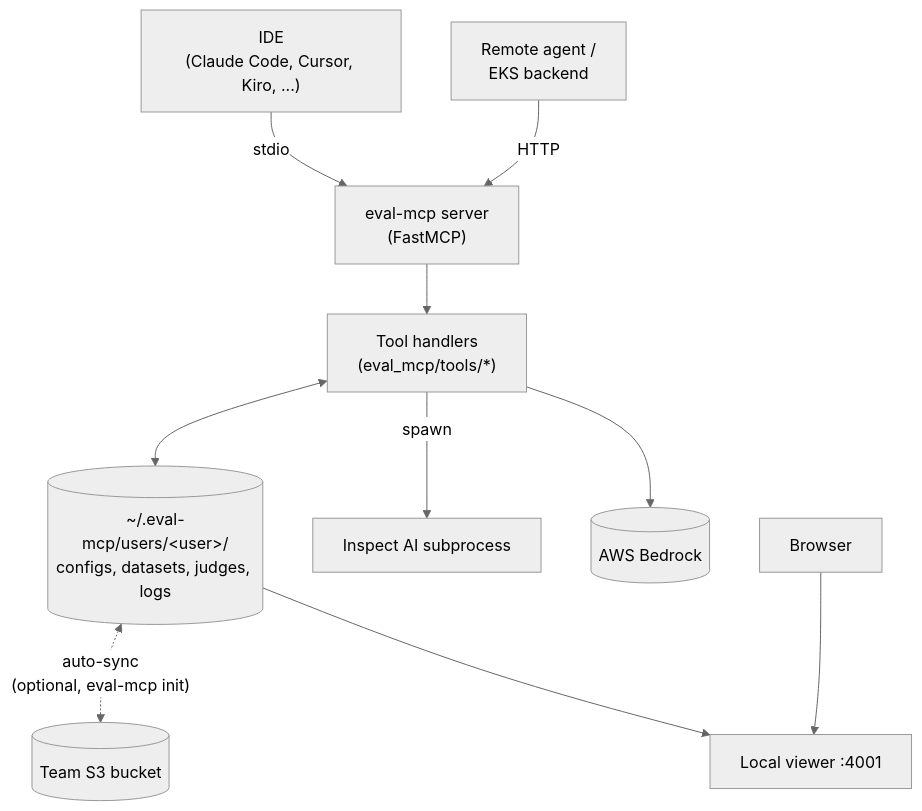
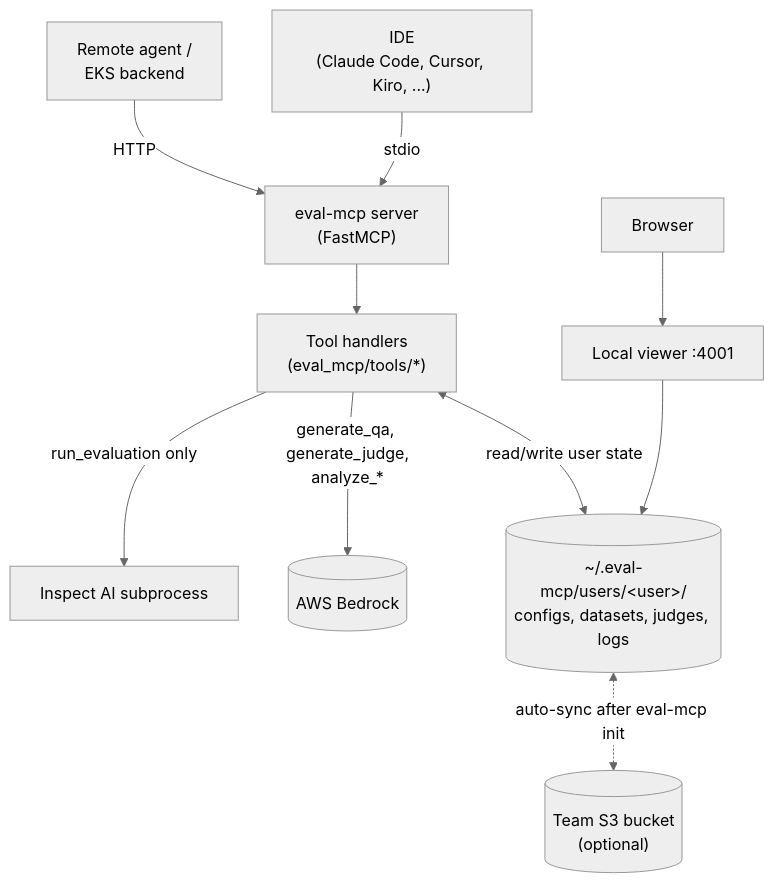
One commit to awslabs/llm-evaluation-system changed the second of 3 diagrams in ARCHITECTURE.md. Above: the diagram before and after it, drawn with Mermaid (neutral theme). The commit also changed other lines of this file, not shown here.

First line of the commit message:
docs(architecture): apply mermaid best practices for clarity

````diff
--- a/ARCHITECTURE.md
+++ b/ARCHITECTURE.md
@@ -42,16 +61,34 @@
 ```mermaid
 flowchart TB
-    IDE["IDE<br/>(Claude Code, Cursor, Kiro, ...)"] -->|"stdio"| Server
-    Remote["Remote agent /<br/>EKS backend"] -->|"HTTP"| Server
+    %% Clients
+    IDE["IDE<br/>(Claude Code, Cursor, Kiro, ...)"]
+    Remote["Remote agent /<br/>EKS backend"]
 
-    Server["eval-mcp server<br/>(FastMCP)"] --> Tools["Tool handlers<br/>(eval_mcp/tools/*)"]
+    %% Process
+    Server["eval-mcp server<br/>(FastMCP)"]
+    Tools["Tool handlers<br/>(eval_mcp/tools/*)"]
+    Inspect["Inspect AI subprocess"]
+    Viewer["Local viewer :4001"]
+    Browser["Browser"]
 
-    Tools <--> UserDir[("~/.eval-mcp/users/&lt;user&gt;/<br/>configs, datasets, judges, logs")]
-    Tools -->|"spawn"| Inspect["Inspect AI subprocess"]
-    Tools --> Bedrock[("AWS Bedrock")]
+    %% Storage
+    UserDir[("~/.eval-mcp/users/&lt;user&gt;/<br/>configs, datasets, judges, logs")]
 
-    UserDir <-.->|"auto-sync<br/>(optional, eval-mcp init)"| S3[("Team S3 bucket")]
+    %% External
+    Bedrock[("AWS Bedrock")]
+    S3[("Team S3 bucket<br/>(optional)")]
 
-    UserDir --> Viewer["Local viewer :4001"]
-    Browser["Browser"] --> Viewer
+    %% Flow
+    IDE -->|"stdio"| Server
+    Remote -->|"HTTP"| Server
+    Server --> Tools
+
+    Tools <-->|"read/write user state"| UserDir
+    Tools -->|"generate_qa, generate_judge,<br/>analyze_*"| Bedrock
+    Tools -->|"run_evaluation only"| Inspect
+
+    UserDir <-.->|"auto-sync after eval-mcp init"| S3
+
+    Browser --> Viewer
+    Viewer --> UserDir
 ```
````
